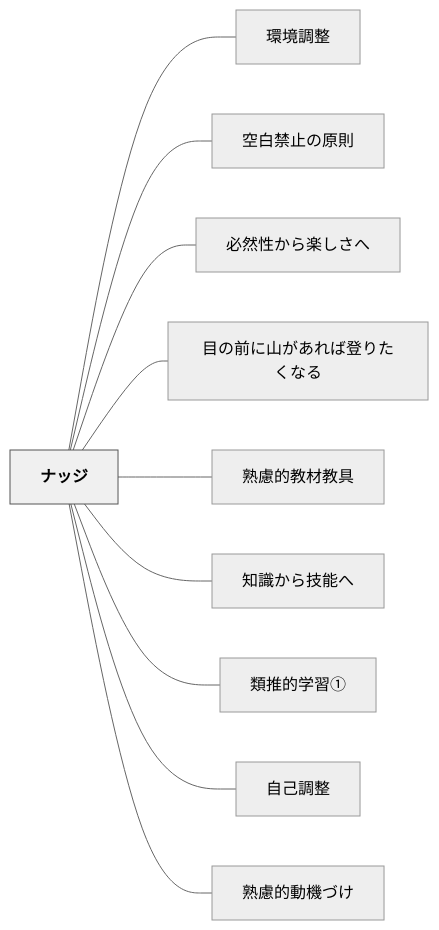
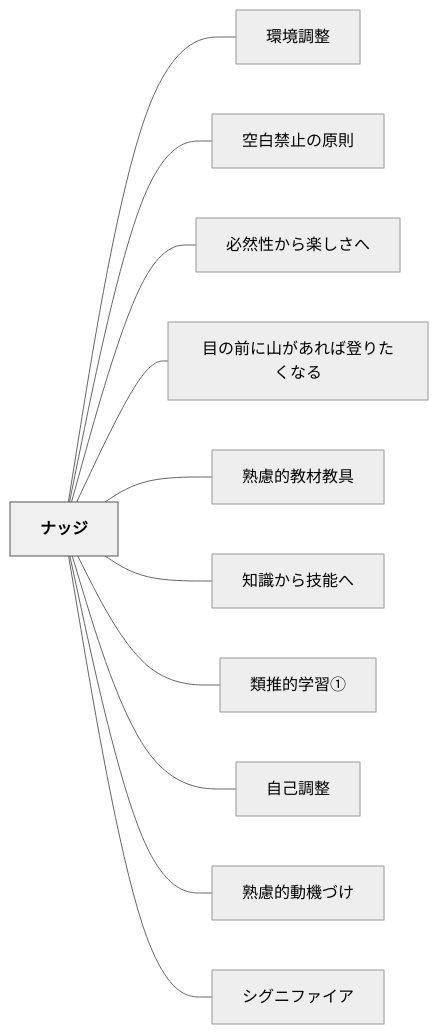
The diagram in content/パタン/ナッジ.md (unknownthings-ed-patterns/unknownthings-ed-patterns), drawn with Mermaid (neutral theme) before and after one commit. The commit also changed other lines of this file and 23 other files, not shown here.

````diff
--- a/content/パタン/ナッジ.md
+++ b/content/パタン/ナッジ.md
@@ -86,26 +87,28 @@
 ```mermaid
 flowchart LR
     ne3838ae38383e382b8["ナッジ"]
     ne792b0e5a283e8aabfe695b4["環境調整"]
     ne7a9bae799bde7a681e6ada2e381aee58e9fe58987["空白禁止の原則"]
     ne5bf85e784b6e680a7e3818be38289e6a5bde38197e38195e381b8["必然性から楽しさへ"]
     ne79baee381aee5898de381abe5b1b1e3818ce38182e3828ce381b0e799bbe3828ae3819fe3818fe381aae3828b["目の前に山があれば登りたくなる"]
     ne7869fe685aee79a84e69599e69d90e69599e585b7["熟慮的教材教具"]
     ne79fa5e8ad98e3818be38289e68a80e883bde381b8["知識から技能へ"]
     ne9a19ee68ea8e79a84e5ada6e7bf92e291a0["類推的学習①"]
     ne887aae5b7b1e8aabfe695b4["自己調整"]
     ne7869fe685aee79a84e58b95e6a99fe381a5e38191["熟慮的動機づけ"]
+    ne382b7e382b0e3838be38395e382a1e382a4e382a2["シグニファイア"]
 
     ne3838ae38383e382b8 --- ne792b0e5a283e8aabfe695b4
     ne3838ae38383e382b8 --- ne7a9bae799bde7a681e6ada2e381aee58e9fe58987
     ne3838ae38383e382b8 --- ne5bf85e784b6e680a7e3818be38289e6a5bde38197e38195e381b8
     ne3838ae38383e382b8 --- ne79baee381aee5898de381abe5b1b1e3818ce38182e3828ce381b0e799bbe3828ae3819fe3818fe381aae3828b
     ne3838ae38383e382b8 --- ne7869fe685aee79a84e69599e69d90e69599e585b7
     ne3838ae38383e382b8 --- ne79fa5e8ad98e3818be38289e68a80e883bde381b8
     ne3838ae38383e382b8 --- ne9a19ee68ea8e79a84e5ada6e7bf92e291a0
     ne3838ae38383e382b8 --- ne887aae5b7b1e8aabfe695b4
     ne3838ae38383e382b8 --- ne7869fe685aee79a84e58b95e6a99fe381a5e38191
+    ne3838ae38383e382b8 --- ne382b7e382b0e3838be38395e382a1e382a4e382a2
 
     classDef hub fill:#f0f0f0,stroke:#555,color:#000,font-weight:bold
     class ne3838ae38383e382b8 hub
 ```
````
